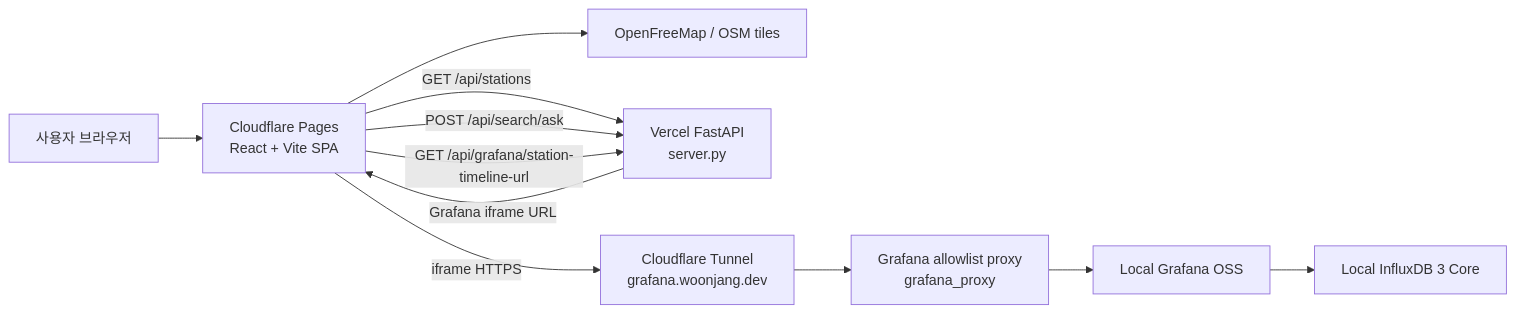
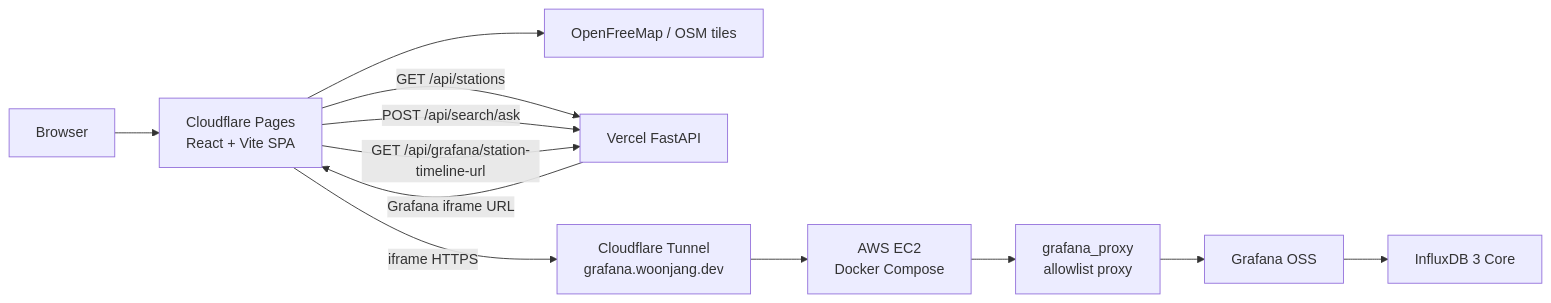
One commit to wkddns40/chargeflow-influxDB changed the diagram in README.md. Above: the diagram before and after it, drawn with Mermaid. The commit also changed other lines of this file, not shown here.

Commit message:
docs(readme): document AWS deployment

````diff
--- a/README.md
+++ b/README.md
@@ -106,13 +86,14 @@
 ```mermaid
 flowchart LR
-    user["사용자 브라우저"] --> frontend["Cloudflare Pages<br/>React + Vite SPA"]
-    frontend --> tiles["OpenFreeMap / OSM tiles"]
-    frontend -->|GET /api/stations| api["Vercel FastAPI<br/>server.py"]
-    frontend -->|POST /api/search/ask| api
-    frontend -->|GET /api/grafana/station-timeline-url| api
-    api -->|Grafana iframe URL| frontend
-    frontend -->|iframe HTTPS| tunnel["Cloudflare Tunnel<br/>grafana.woonjang.dev"]
-    tunnel --> proxy["Grafana allowlist proxy<br/>grafana_proxy"]
-    proxy --> grafana["Local Grafana OSS"]
-    grafana --> influx["Local InfluxDB 3 Core"]
+    user["Browser"] --> pages["Cloudflare Pages<br/>React + Vite SPA"]
+    pages --> tiles["OpenFreeMap / OSM tiles"]
+    pages -->|GET /api/stations| api["Vercel FastAPI"]
+    pages -->|POST /api/search/ask| api
+    pages -->|GET /api/grafana/station-timeline-url| api
+    api -->|Grafana iframe URL| pages
+    pages -->|iframe HTTPS| tunnel["Cloudflare Tunnel<br/>grafana.woonjang.dev"]
+    tunnel --> aws["AWS EC2<br/>Docker Compose"]
+    aws --> proxy["grafana_proxy<br/>allowlist proxy"]
+    proxy --> grafana["Grafana OSS"]
+    grafana --> influx["InfluxDB 3 Core"]
 ```
````
